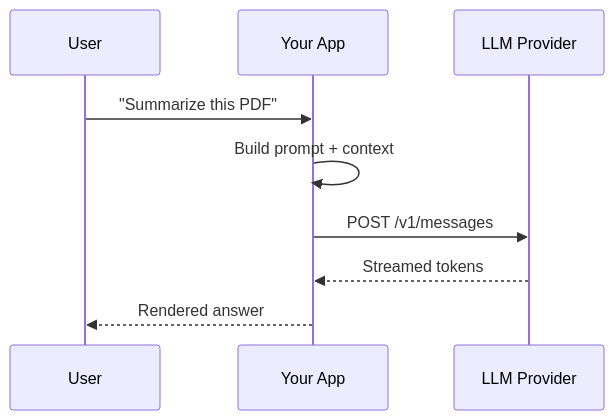
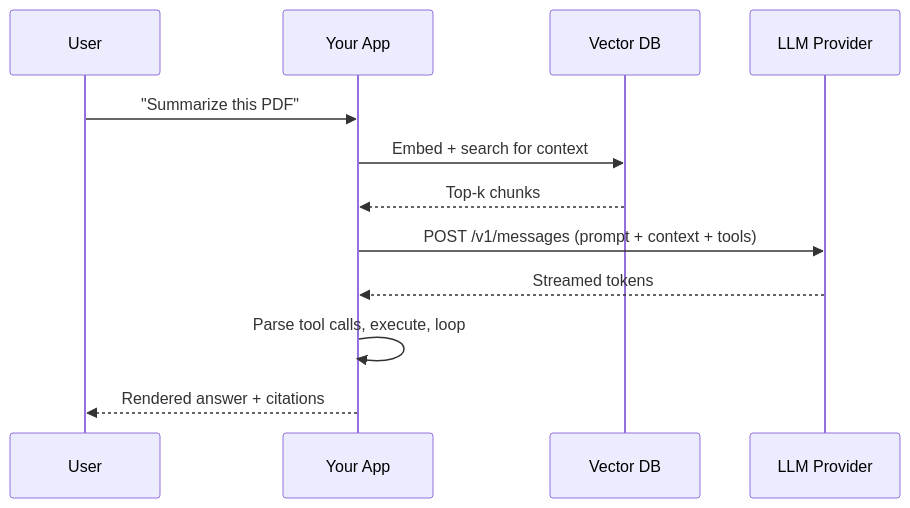
The fourth of 4 diagrams in slides.md (1995parham-teaching/llm101), drawn with Mermaid before and after one commit. The commit also changed other lines of this file and 1 other file, not shown here.

````diff
--- a/slides.md
+++ b/slides.md
@@ -257,11 +453,14 @@
 ```mermaid {scale: 0.8}
 sequenceDiagram
   participant U as User
   participant A as Your App
+  participant V as Vector DB
   participant P as LLM Provider
   U->>A: "Summarize this PDF"
-  A->>A: Build prompt + context
-  A->>P: POST /v1/messages
+  A->>V: Embed + search for context
+  V-->>A: Top-k chunks
+  A->>P: POST /v1/messages (prompt + context + tools)
   P-->>A: Streamed tokens
-  A-->>U: Rendered answer
+  A->>A: Parse tool calls, execute, loop
+  A-->>U: Rendered answer + citations
 ```
````
